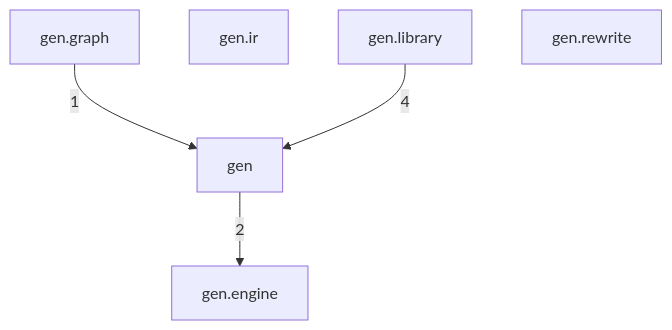
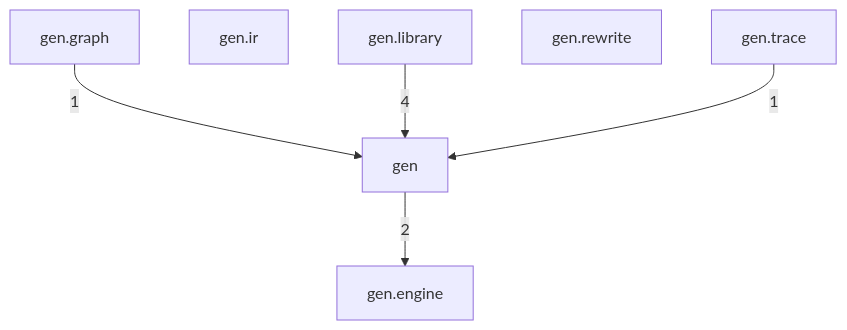
One commit to tlaplus/model-checker-hardening changed the first of 8 diagrams in dev/modules/gen.md. Above: the diagram before and after it, drawn with Mermaid. The commit also changed other lines of this file and 454 other files, not shown here.

````diff
--- a/dev/modules/gen.md
+++ b/dev/modules/gen.md
@@ -14,12 +14,14 @@
 ```mermaid
 flowchart TB
   gen["gen"]
   gen_engine["gen.engine"]
   gen_graph["gen.graph"]
   gen_ir["gen.ir"]
   gen_library["gen.library"]
   gen_rewrite["gen.rewrite"]
+  gen_trace["gen.trace"]
   gen -->|2| gen_engine
   gen_graph -->|1| gen
   gen_library -->|4| gen
+  gen_trace -->|1| gen
 ```
````
